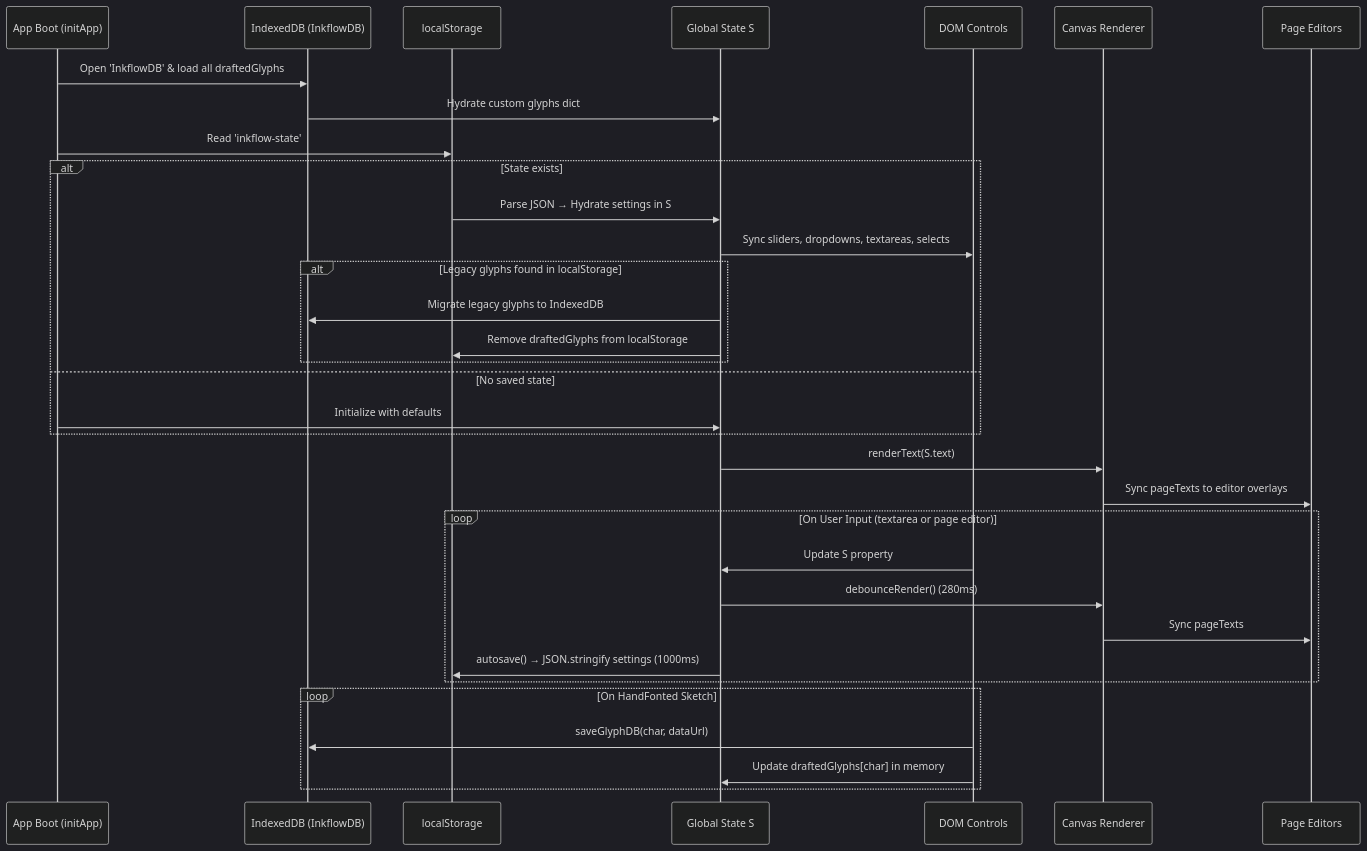
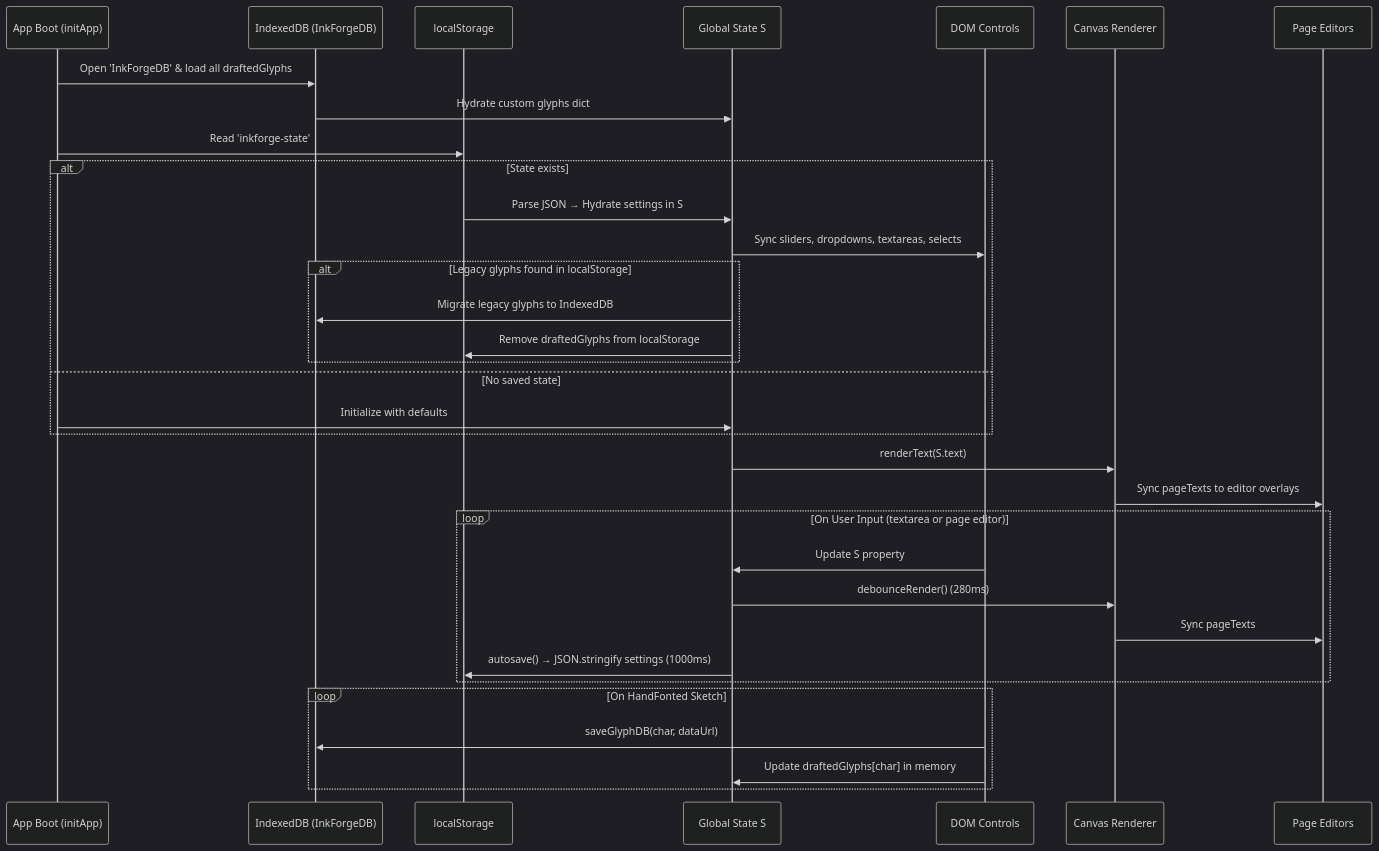
One commit to VIPHACKER100/InkForge changed the diagram in docs/state-management.md. Above: the diagram before and after it, drawn with Mermaid (dark theme). The commit also changed other lines of this file and 83 other files, not shown here.

Commit message:
feat: major update - InkForge rebrand, AI, docs, tests, and more

````diff
--- a/docs/state-management.md
+++ b/docs/state-management.md
@@ -40,38 +40,38 @@
 ```mermaid
 sequenceDiagram
     participant Boot as App Boot (initApp)
-    participant DB as IndexedDB (InkflowDB)
+    participant DB as IndexedDB (InkForgeDB)
     participant LS as localStorage
     participant State as Global State S
     participant UI as DOM Controls
     participant Canvas as Canvas Renderer
     participant Editors as Page Editors
 
-    Boot->>DB: Open 'InkflowDB' & load all draftedGlyphs
+    Boot->>DB: Open 'InkForgeDB' & load all draftedGlyphs
     DB->>State: Hydrate custom glyphs dict
-    Boot->>LS: Read 'inkflow-state'
+    Boot->>LS: Read 'inkforge-state'
     alt State exists
         LS->>State: Parse JSON → Hydrate settings in S
         State->>UI: Sync sliders, dropdowns, textareas, selects
         alt Legacy glyphs found in localStorage
             State->>DB: Migrate legacy glyphs to IndexedDB
             State->>LS: Remove draftedGlyphs from localStorage
         end
     else No saved state
         Boot->>State: Initialize with defaults
     end
     State->>Canvas: renderText(S.text)
     Canvas->>Editors: Sync pageTexts to editor overlays
     
     loop On User Input (textarea or page editor)
         UI->>State: Update S property
         State->>Canvas: debounceRender() (280ms)
         Canvas->>Editors: Sync pageTexts
         State->>LS: autosave() → JSON.stringify settings (1000ms)
     end
     
     loop On HandFonted Sketch
         UI->>DB: saveGlyphDB(char, dataUrl)
         UI->>State: Update draftedGlyphs[char] in memory
     end
 ```
````
